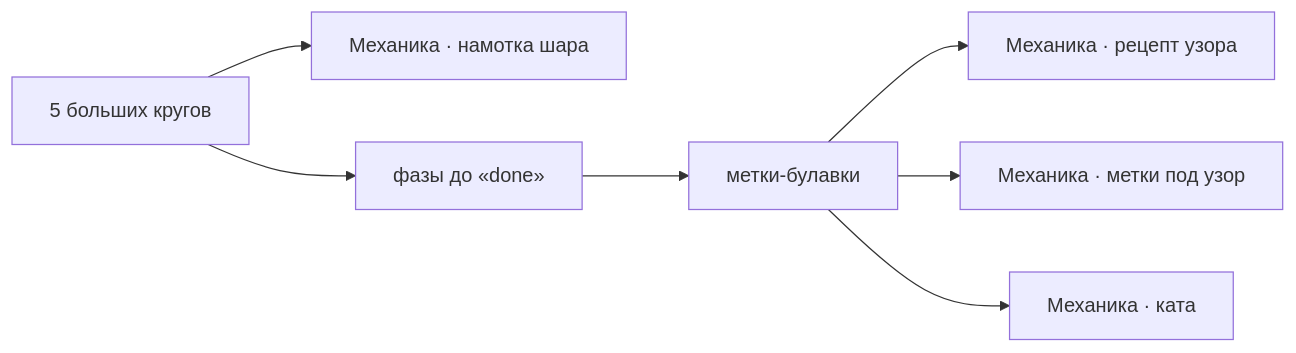
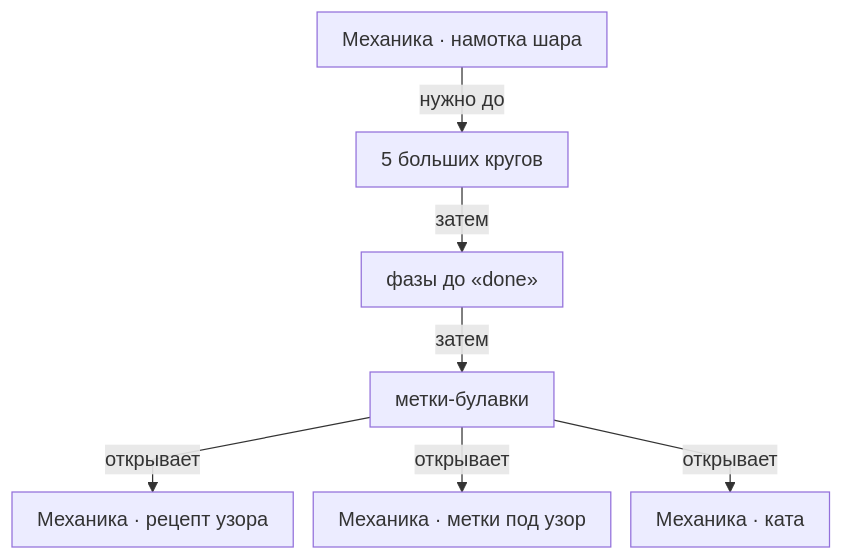
The diagram in Temari-Obsidian/01 Механики/Механика · разметка.md (newYurk/temari), drawn with Mermaid before and after one commit. The commit also changed other lines of this file and 61 other files, not shown here.

Commit message:
fix(vault): show readable craft relationships and distinct graph nodes

````diff
--- a/Temari-Obsidian/01 Механики/Механика · разметка.md
+++ b/Temari-Obsidian/01 Механики/Механика · разметка.md
@@ -21,17 +22,18 @@
 ```mermaid
-flowchart LR
+%%{init: {"flowchart":{"nodeSpacing":16,"rankSpacing":28,"curve":"linear","padding":10},"themeVariables":{"fontSize":"16px"}}}%%
+flowchart TB
   IN0["Механика · намотка шара"]
   S0["5 больших кругов"]
   S1["фазы до «done»"]
   S2["метки-булавки"]
   OUT0["Механика · рецепт узора"]
   OUT1["Механика · метки под узор"]
   OUT2["Механика · ката"]
-  S0 --> IN0
-  S0 --> S1
-  S1 --> S2
-  S2 --> OUT0
-  S2 --> OUT1
-  S2 --> OUT2
+  IN0 -->|нужно до| S0
+  S0 -->|затем| S1
+  S1 -->|затем| S2
+  S2 -->|открывает| OUT0
+  S2 -->|открывает| OUT1
+  S2 -->|открывает| OUT2
   class IN0,OUT0,OUT1,OUT2 internal-link;
 ```
````
